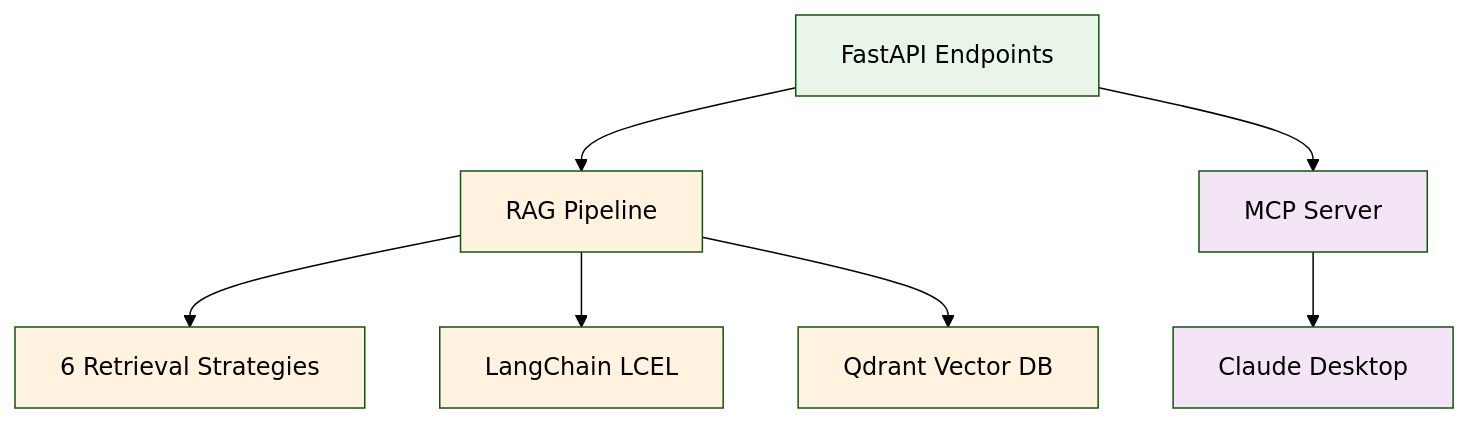
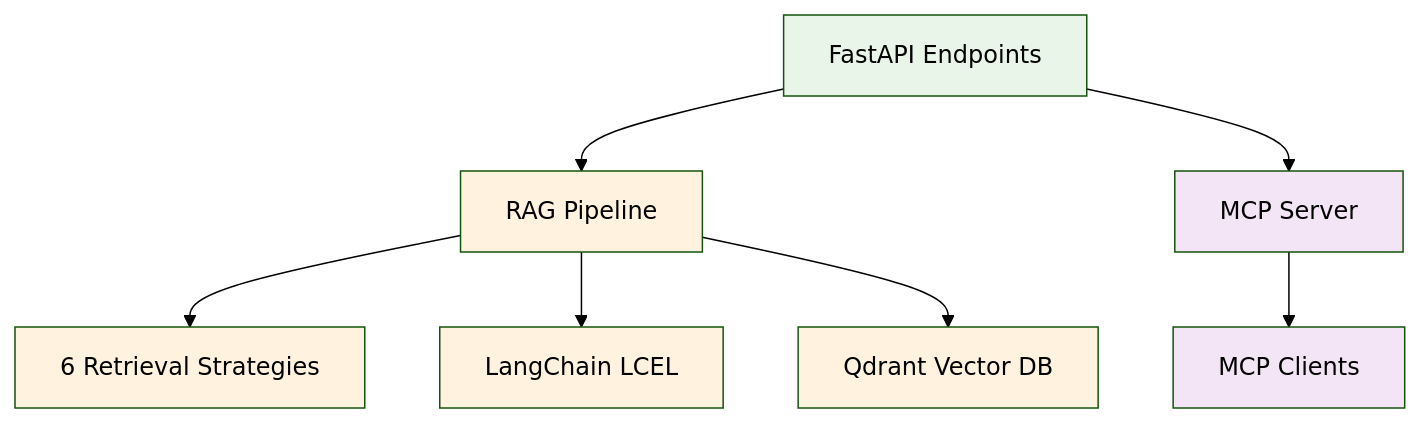
Before and after one commit to donbr/adv-rag: the diagram in README.md, drawn with Mermaid (forest theme). The commit also changed other lines of this file and 19 other files, not shown here.

````diff
--- a/README.md
+++ b/README.md
@@ -106,17 +116,17 @@
 ```mermaid
 graph TB
     A[FastAPI Endpoints] --> B[RAG Pipeline]
     A --> C[MCP Server]
     B --> D[6 Retrieval Strategies]
     B --> E[LangChain LCEL]
     B --> F[Qdrant Vector DB]
-    C --> G[Claude Desktop]
+    C --> G[MCP Clients]
     
     classDef api fill:#e8f5e8
     classDef rag fill:#fff3e0
     classDef mcp fill:#f3e5f5
     
     class A api
     class B,D,E,F rag
     class C,G mcp
 ```
````
